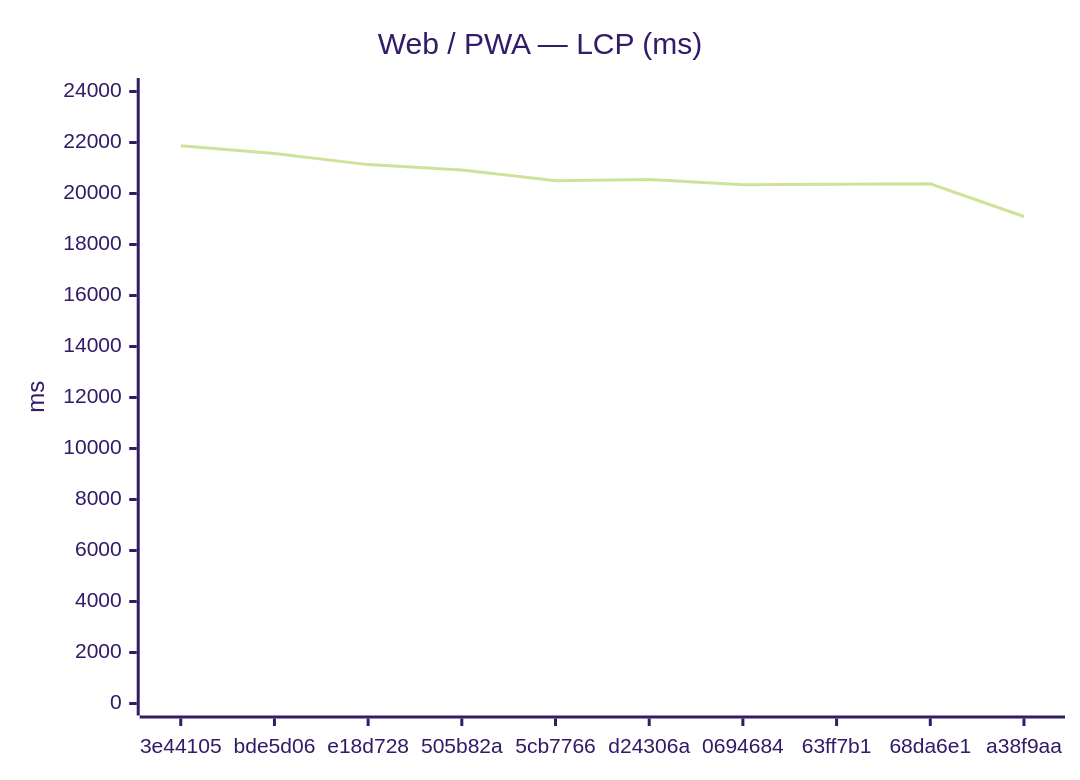
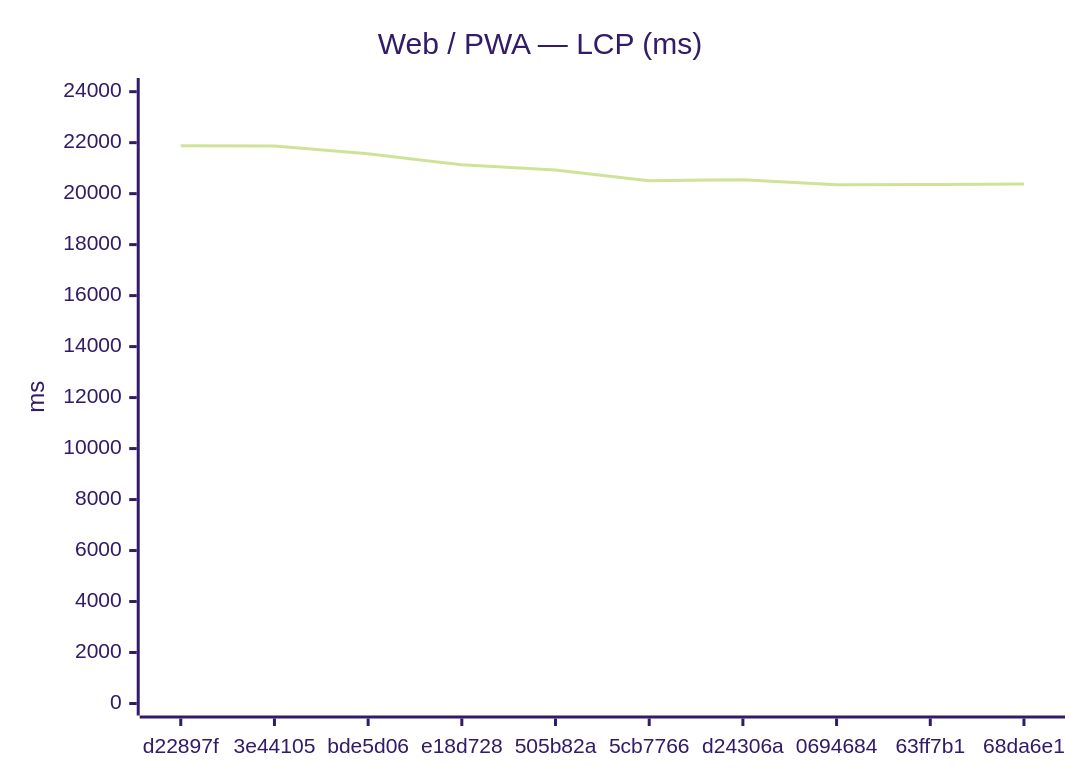
One commit to Metaheurist/Rianell changed the first of 18 diagrams in benchmarks/compare.md. Above: the diagram before and after it, drawn with Mermaid (forest theme). The commit also changed other lines of this file and 11 other files, not shown here.

````diff
--- a/benchmarks/compare.md
+++ b/benchmarks/compare.md
@@ -24,7 +24,7 @@
 ```mermaid
 xychart-beta
     title "Web / PWA — LCP (ms)"
-    x-axis ["3e44105", "bde5d06", "e18d728", "505b82a", "5cb7766", "d24306a", "0694684", "63ff7b1", "68da6e1", "a38f9aa"]
-    y-axis "ms" 0 --> 24058
-    line [21870, 21566, 21132, 20925, 20504, 20549, 20346, 20361, 20380, 19099]
+    x-axis ["d22897f", "3e44105", "bde5d06", "e18d728", "505b82a", "5cb7766", "d24306a", "0694684", "63ff7b1", "68da6e1"]
+    y-axis "ms" 0 --> 24066
+    line [21878, 21870, 21566, 21132, 20925, 20504, 20549, 20346, 20361, 20380]
 ```
````
